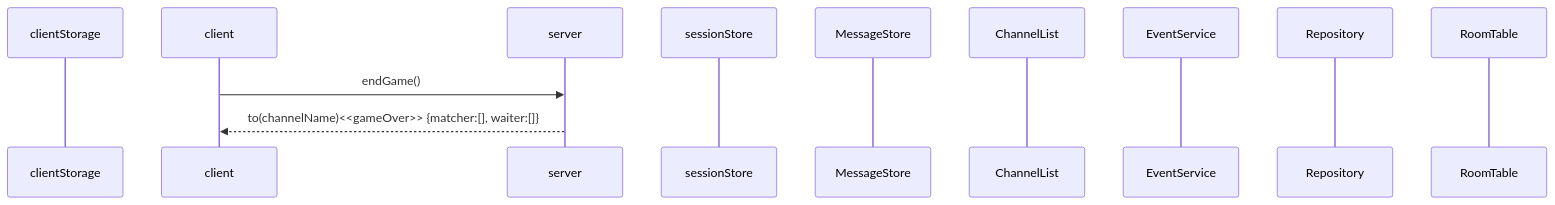
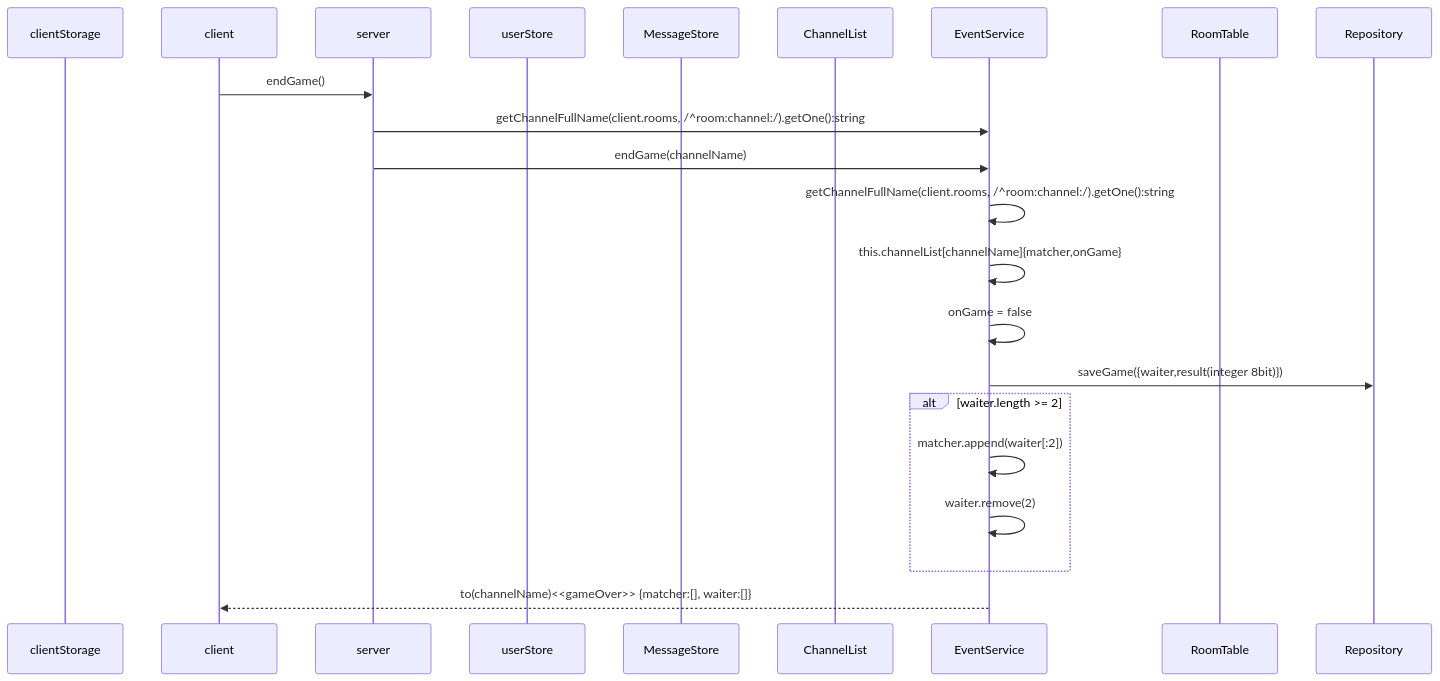
Diagram 18 of 19 in backend/node/app/event.md (mtak0235/simmons_transcendence), drawn with Mermaid before and after one commit. The commit also changed other lines of this file, not shown here.

````diff
--- a/backend/node/app/event.md
+++ b/backend/node/app/event.md
@@ -443,15 +527,25 @@
 ```mermaid
 sequenceDiagram
 participant cls as clientStorage
 participant c as client
 participant ga as server
-participant ss as sessionStore
+participant ss as userStore
 participant ms as MessageStore
 participant cns as ChannelList
 participant cs as EventService
+participant rt as RoomTable
 participant r as Repository
-participant rt as RoomTable
 
-c->>ga: endGame()#client가 participant면
-ga-->>c:to(channelName)<<gameOver>> {matcher:[], waiter:[]}
+c->>ga: endGame()
+ga->>cs: getChannelFullName(client.rooms, /^room:channel:/).getOne():string
+ga->>cs: endGame(channelName)
+cs->>cs: getChannelFullName(client.rooms, /^room:channel:/).getOne():string
+cs->>cs: this.channelList[channelName]{matcher,onGame}
+cs->>cs: onGame = false
+cs->>r: saveGame({waiter,result(integer 8bit)})
+alt waiter.length >= 2
+cs->>cs: matcher.append(waiter[:2])
+cs->>cs: waiter.remove(2)
+end
+cs-->>c:to(channelName)<<gameOver>> {matcher:[], waiter:[]}
 ```
````
